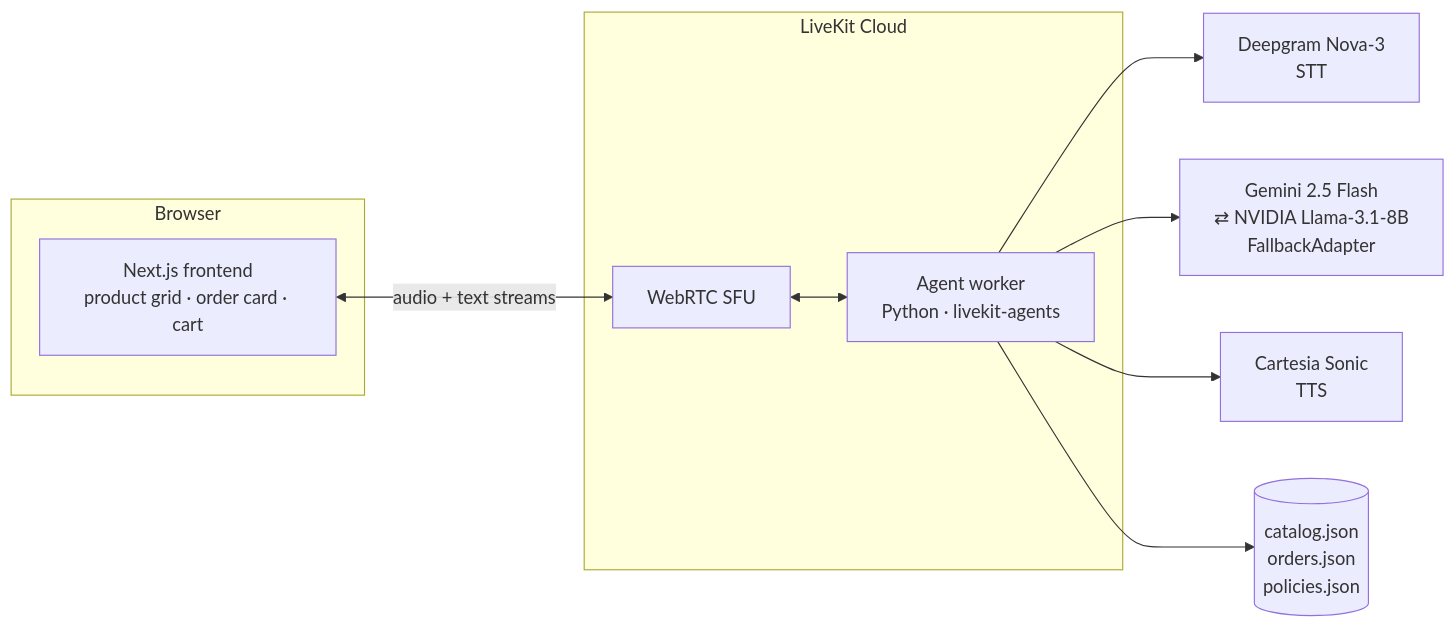
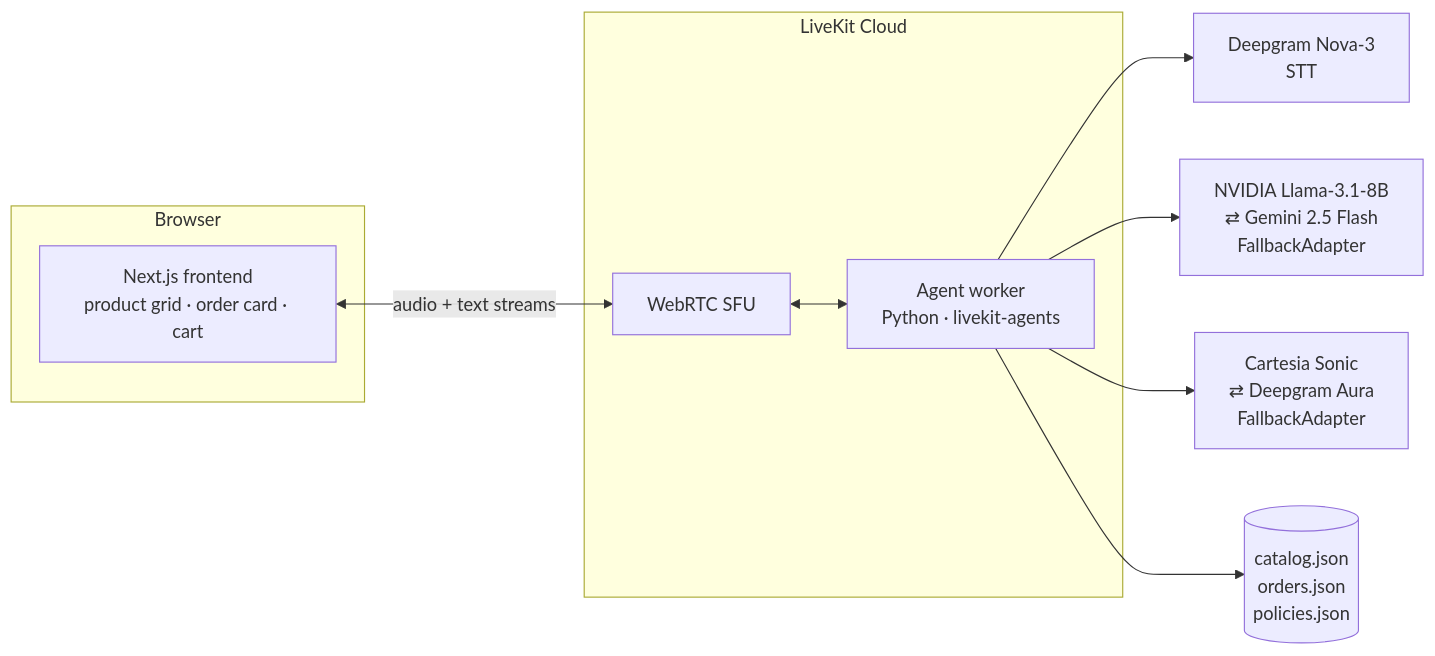
Before and after one commit to moushmirao30/ecom-voicebot: the diagram in README.md, drawn with Mermaid. The commit also changed other lines of this file and 6 other files, not shown here.

````diff
--- a/README.md
+++ b/README.md
@@ -24,15 +24,15 @@
 ```mermaid
 flowchart LR
     subgraph Browser
         UI[Next.js frontend<br/>product grid · order card · cart]
     end
     subgraph LiveKit Cloud
         SFU[WebRTC SFU]
         Agent[Agent worker<br/>Python · livekit-agents]
     end
     UI <-->|audio + text streams| SFU <--> Agent
     Agent --> STT[Deepgram Nova-3<br/>STT]
-    Agent --> LLM[Gemini 2.5 Flash<br/>⇄ NVIDIA Llama-3.1-8B<br/>FallbackAdapter]
-    Agent --> TTS[Cartesia Sonic<br/>TTS]
+    Agent --> LLM[NVIDIA Llama-3.1-8B<br/>⇄ Gemini 2.5 Flash<br/>FallbackAdapter]
+    Agent --> TTS[Cartesia Sonic<br/>⇄ Deepgram Aura<br/>FallbackAdapter]
     Agent --> Data[(catalog.json<br/>orders.json<br/>policies.json)]
 ```
````
